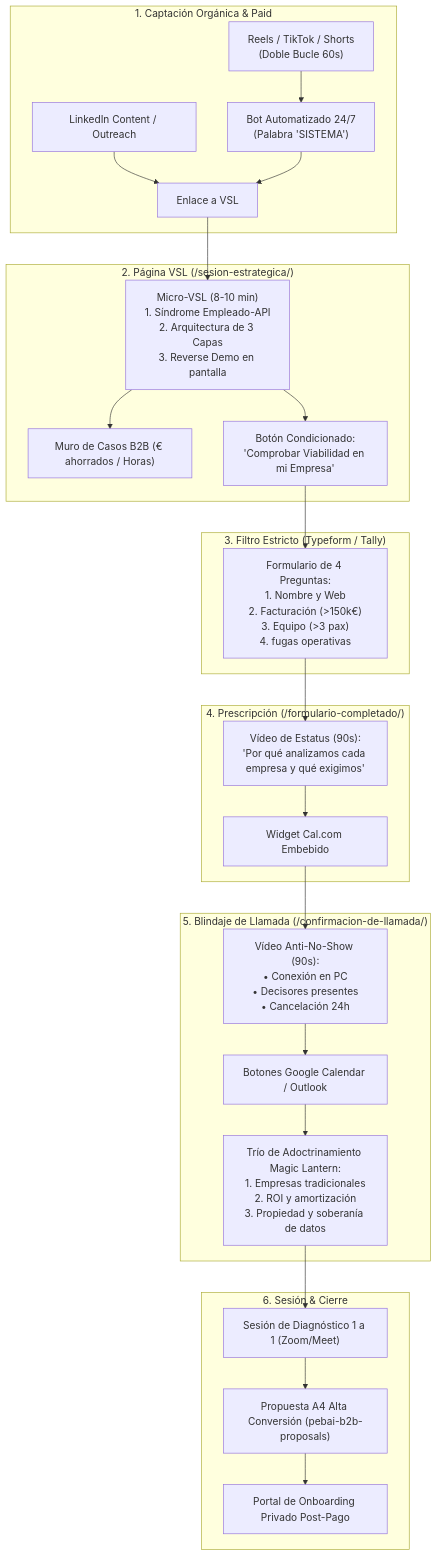
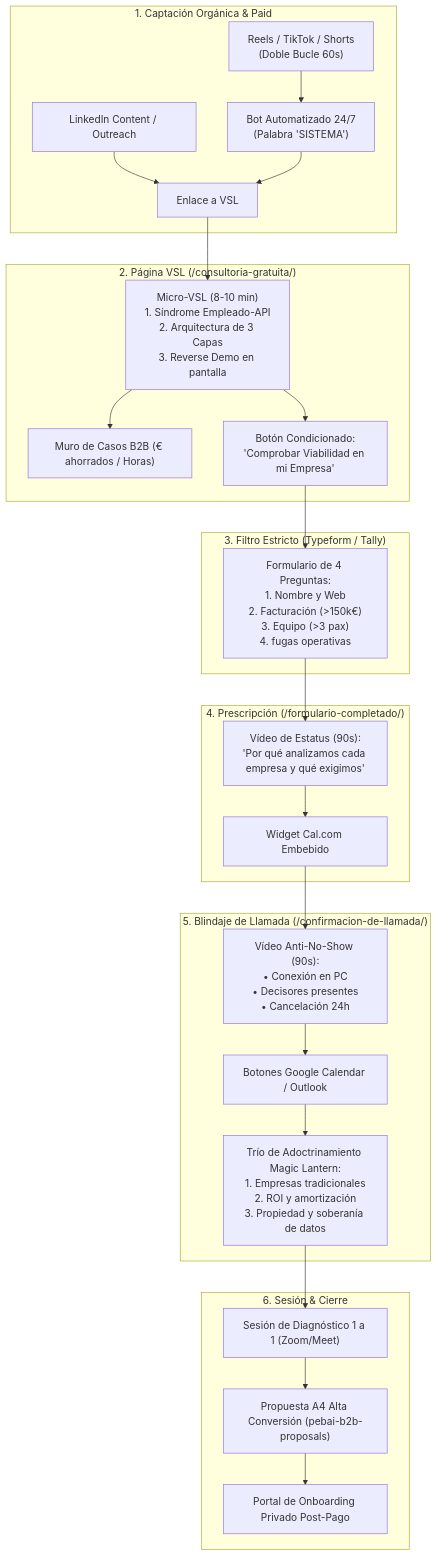
One commit to miempresaonline/pebaisystems changed the diagram in .agents/skills/pebai-sales-funnel/SKILL.md. Above: the diagram before and after it, drawn with Mermaid. The commit also changed 2 other files, not shown here.

Commit message:
chore(website): remove the old /sesion-estrategica/ VSL, 301 to /consultoria-gratuita/

````diff
--- a/.agents/skills/pebai-sales-funnel/SKILL.md
+++ b/.agents/skills/pebai-sales-funnel/SKILL.md
@@ -61,35 +61,35 @@
 ```mermaid
 flowchart TD
     subgraph TRAFICO ["1. Captación Orgánica & Paid"]
         Reels["Reels / TikTok / Shorts<br>(Doble Bucle 60s)"] --> Bot["Bot Automatizado 24/7<br>(Palabra 'SISTEMA')"]
         LinkedIn["LinkedIn Content / Outreach"] --> DirectLink["Enlace a VSL"]
         Bot --> DirectLink
     end
 
-    subgraph VSL_PAGE ["2. Página VSL (/sesion-estrategica/)"]
+    subgraph VSL_PAGE ["2. Página VSL (/consultoria-gratuita/)"]
         DirectLink --> VSL["Micro-VSL (8-10 min)<br>1. Síndrome Empleado-API<br>2. Arquitectura de 3 Capas<br>3. Reverse Demo en pantalla"]
         VSL --> Proof["Muro de Casos B2B (€ ahorrados / Horas)"]
         VSL --> CTA["Botón Condicionado:<br>'Comprobar Viabilidad en mi Empresa'"]
     end
 
     subgraph CUALIFICACION ["3. Filtro Estricto (Typeform / Tally)"]
         CTA --> Survey["Formulario de 4 Preguntas:<br>1. Nombre y Web<br>2. Facturación (>150k€)<br>3. Equipo (>3 pax)<br>4. fugas operativas"]
     end
 
     subgraph PRESCIPCION ["4. Prescripción (/formulario-completado/)"]
         Survey --> Presc["Vídeo de Estatus (90s):<br>'Por qué analizamos cada empresa y qué exigimos'"]
         Presc --> Cal["Widget Cal.com Embebido"]
     end
 
     subgraph CONFIRMACION ["5. Blindaje de Llamada (/confirmacion-de-llamada/)"]
         Cal --> ConfVid["Vídeo Anti-No-Show (90s):<br>• Conexión en PC<br>• Decisores presentes<br>• Cancelación 24h"]
         ConfVid --> CalendarSync["Botones Google Calendar / Outlook"]
         CalendarSync --> ObjectionTrio["Trío de Adoctrinamiento Magic Lantern:<br>1. Empresas tradicionales<br>2. ROI y amortización<br>3. Propiedad y soberanía de datos"]
     end
 
     subgraph CIERRE ["6. Sesión & Cierre"]
         ObjectionTrio --> Call["Sesión de Diagnóstico 1 a 1 (Zoom/Meet)"]
         Call --> Proposal["Propuesta A4 Alta Conversión (pebai-b2b-proposals)"]
         Proposal --> Onboarding["Portal de Onboarding Privado Post-Pago"]
     end
 ```
````
